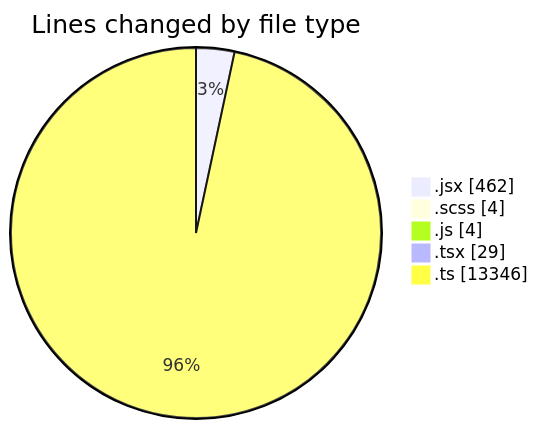
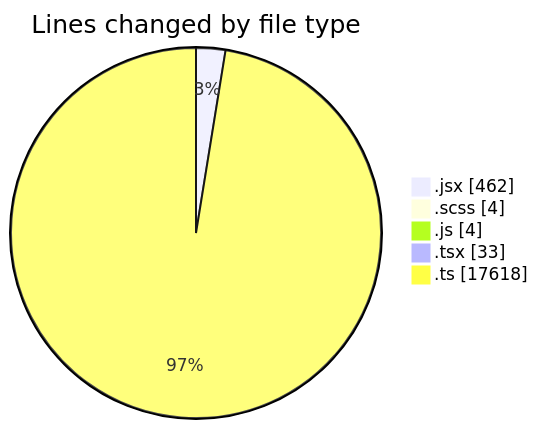
Before and after one commit to momahboobian/code-tracking: the first of 2 diagrams in 2025-06-04/cda/README.md, drawn with Mermaid. The commit also changed other lines of this file and 1 other file, not shown here.

````diff
--- a/2025-06-04/cda/README.md
+++ b/2025-06-04/cda/README.md
@@ -25,9 +25,9 @@
 ```mermaid
 pie showData
 title Lines changed by file type
 ".jsx" : 462
 ".scss" : 4
 ".js" : 4
-".tsx" : 29
-".ts" : 13346
+".tsx" : 33
+".ts" : 17618
 ```
````
